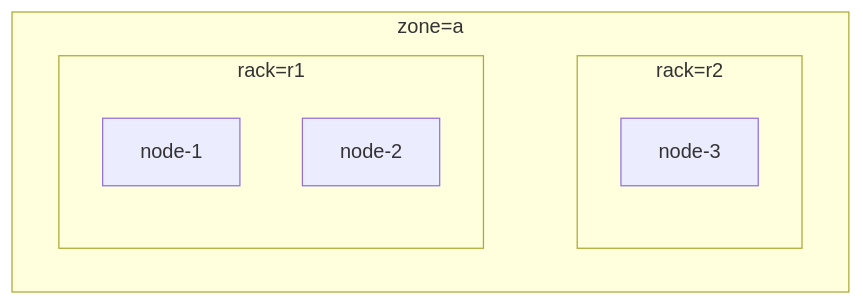
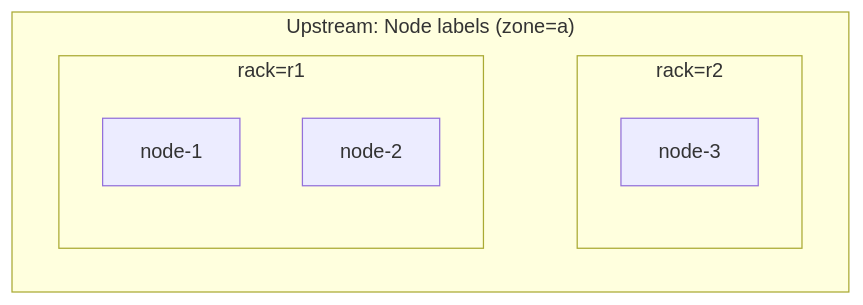
One commit to JesseStutler/volcano changed the sixth of 11 diagrams in docs/research/k8s-workload-aware-scheduling-vs-volcano.md. Above: the diagram before and after it, drawn with Mermaid. The commit also changed other lines of this file and 1 other file, not shown here.

First line of the commit message:
docs: tighten report for sharing and add single-Pod vs PodGroup flow

````diff
--- a/docs/research/k8s-workload-aware-scheduling-vs-volcano.md
+++ b/docs/research/k8s-workload-aware-scheduling-vs-volcano.md
@@ -357,14 +274,14 @@
 ```mermaid
 flowchart LR
-    subgraph Z["zone=a"]
+    subgraph Z["Upstream: Node labels (zone=a)"]
         direction LR
         subgraph R1["rack=r1"]
             UN1["node-1"]
             UN2["node-2"]
         end
         subgraph R2["rack=r2"]
             UN3["node-3"]
         end
     end
     R1 ~~~ R2
 ```
````
